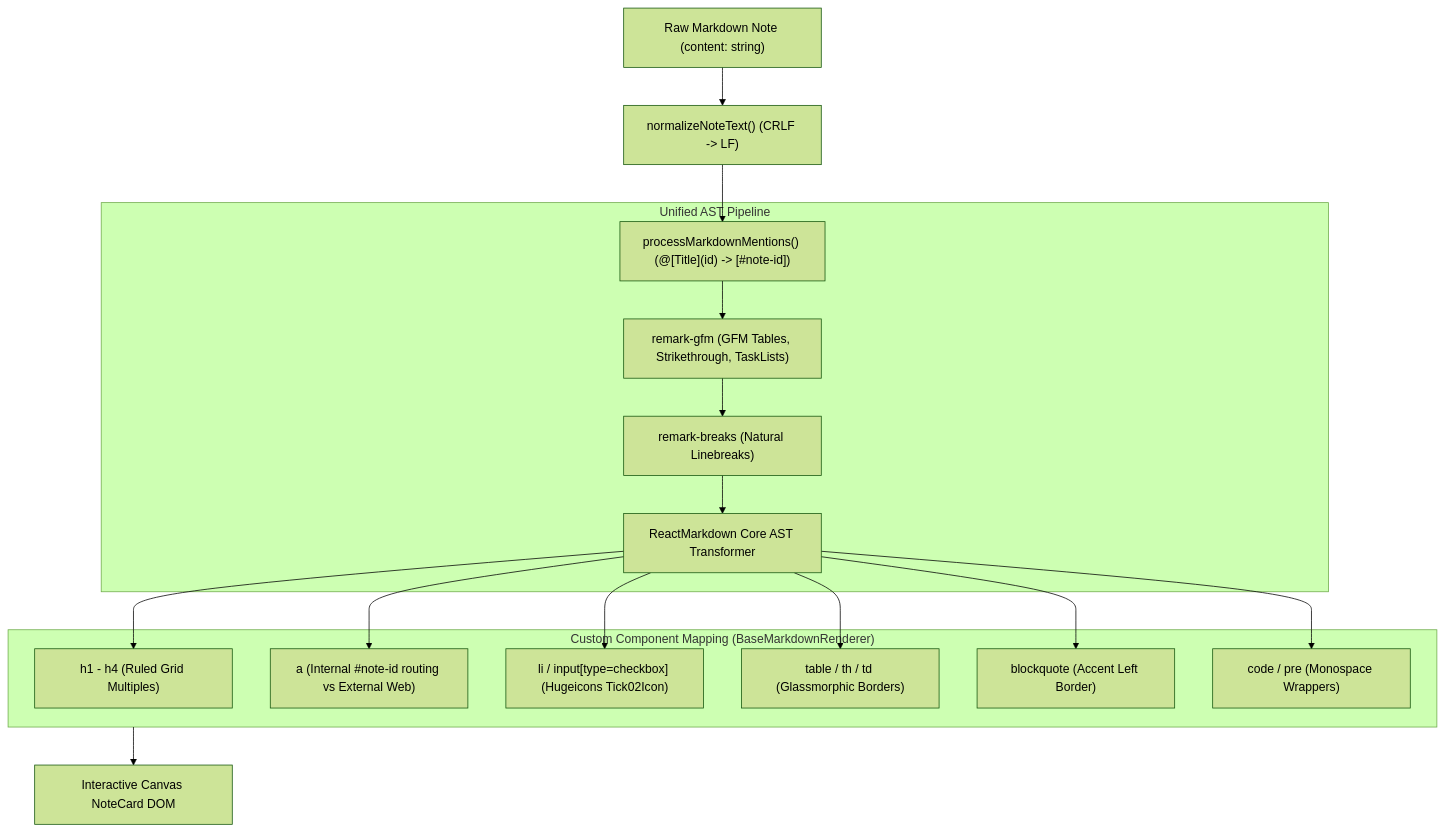
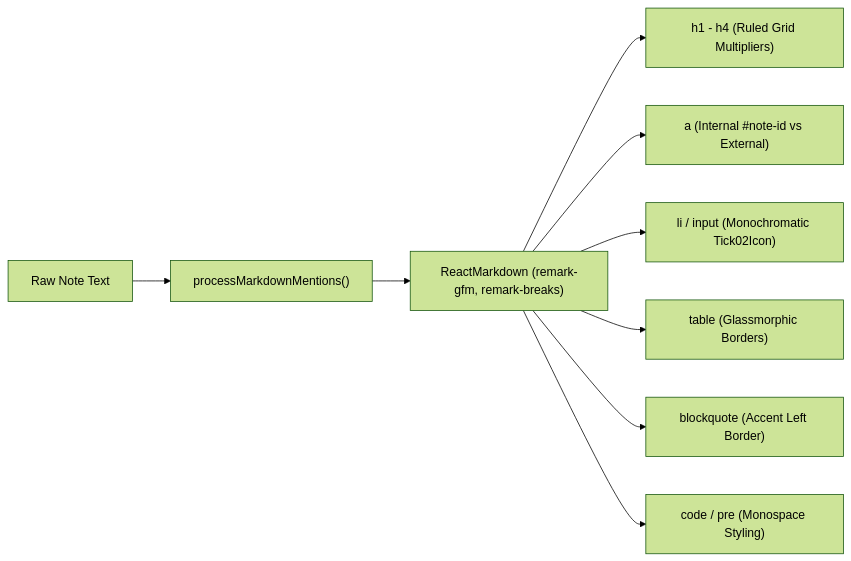
Before and after one commit to itshimelz/DiaryNote: the second of 3 diagrams in docs/MARKDOWN_ENGINE_ARCHITECTURE.md, drawn with Mermaid (forest theme). The commit also changed other lines of this file and 13 other files, not shown here.

````diff
--- a/docs/MARKDOWN_ENGINE_ARCHITECTURE.md
+++ b/docs/MARKDOWN_ENGINE_ARCHITECTURE.md
@@ -14,22 +125,11 @@
 ```mermaid
-flowchart TD
-    RawContent["Raw Markdown Note (content: string)"] --> Normalizer["normalizeNoteText() (CRLF -> LF)"]
-    Normalizer --> Preprocessor["processMarkdownMentions() (@[Title](id) -> [#note-id])"]
-    
-    subgraph AST_Pipeline ["Unified AST Pipeline"]
-        Preprocessor --> RemarkGFM["remark-gfm (GFM Tables, Strikethrough, TaskLists)"]
-        RemarkGFM --> RemarkBreaks["remark-breaks (Natural Linebreaks)"]
-        RemarkBreaks --> ReactMarkdown["ReactMarkdown Core AST Transformer"]
-    end
-
-    subgraph Renderer ["Custom Component Mapping (BaseMarkdownRenderer)"]
-        ReactMarkdown --> CompHeadings["h1 - h4 (Ruled Grid Multiples)"]
-        ReactMarkdown --> CompLinks["a (Internal #note-id routing vs External Web)"]
-        ReactMarkdown --> CompTasks["li / input[type=checkbox] (Hugeicons Tick02Icon)"]
-        ReactMarkdown --> CompTables["table / th / td (Glassmorphic Borders)"]
-        ReactMarkdown --> CompQuotes["blockquote (Accent Left Border)"]
-        ReactMarkdown --> CompCode["code / pre (Monospace Wrappers)"]
-    end
-
-    Renderer --> OutputDOM["Interactive Canvas NoteCard DOM"]
+graph LR
+    Input["Raw Note Text"] --> MentionPre["processMarkdownMentions()"]
+    MentionPre --> ReactMD["ReactMarkdown (remark-gfm, remark-breaks)"]
+    ReactMD --> C_Headings["h1 - h4 (Ruled Grid Multipliers)"]
+    ReactMD --> C_Links["a (Internal #note-id vs External)"]
+    ReactMD --> C_Tasks["li / input (Monochromatic Tick02Icon)"]
+    ReactMD --> C_Tables["table (Glassmorphic Borders)"]
+    ReactMD --> C_Quotes["blockquote (Accent Left Border)"]
+    ReactMD --> C_Code["code / pre (Monospace Styling)"]
 ```
````
